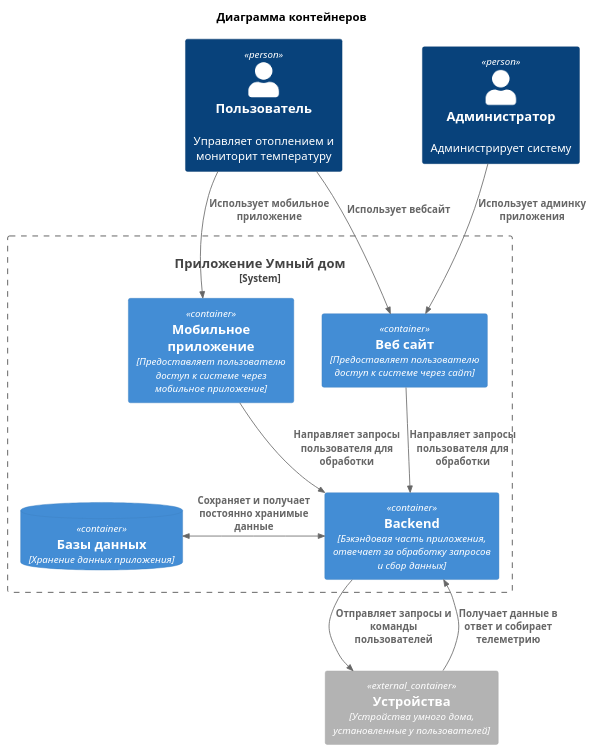
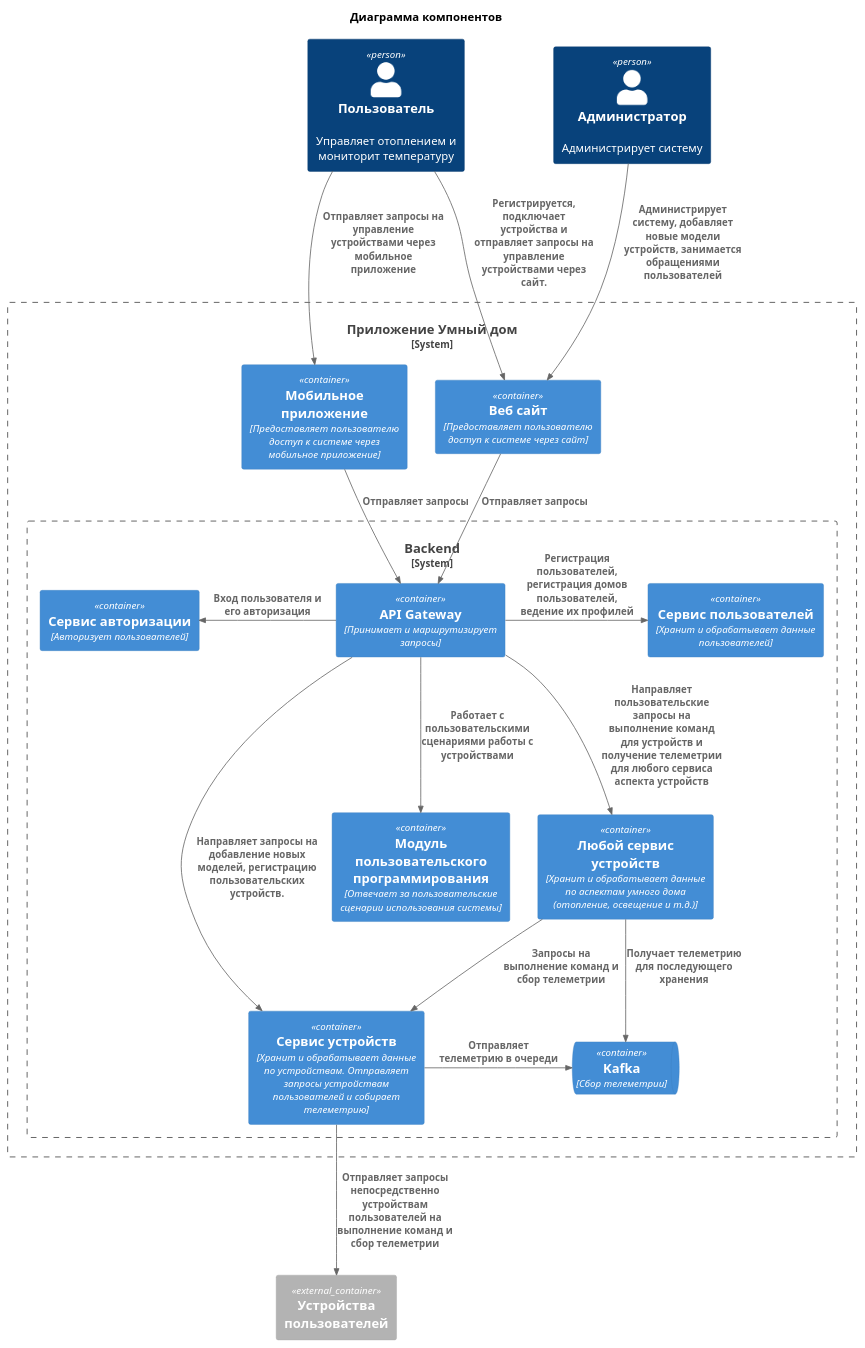
One commit to NamRuslan/yandex-practicum-warm-house changed the diagram in documentation/diagrams/tobe(task2)/containers.puml. Above: the diagram before and after it, drawn with PlantUML. The commit also changed 1 other file, not shown here.

```diff
--- a/documentation/diagrams/tobe(task2)/containers.puml
+++ b/documentation/diagrams/tobe(task2)/containers.puml
@@ -1,28 +1,40 @@
 @startuml
-title Диаграмма контейнеров
+title Диаграмма компонентов
 top to bottom direction
 
 !include ../c4_templates/C4_Container.puml
 
 Person(user, "Пользователь", "Управляет отоплением и мониторит температуру")
 Person(admin, "Администратор", "Администрирует систему")
 
 System_Boundary(app, "Приложение Умный дом") {
     Container(mobileApp, "Мобильное приложение", "Предоставляет пользователю доступ к системе через мобильное приложение")
     Container(webApp, "Веб сайт", "Предоставляет пользователю доступ к системе через сайт")
-    Container(backend, "Backend", "Бэкэндовая часть приложения, отвечает за обработку запросов и сбор данных")
-    ContainerDb(db, "Базы данных", "Хранение данных приложения")
+    System_Boundary(backend, "Backend") {
+        Container(apiGw, "API Gateway", "Принимает и маршрутизирует запросы")
+        Container(auth, "Сервис авторизации", "Авторизует пользователей")
+        Container(users, "Сервис пользователей", "Хранит и обрабатывает данные пользователей")
+        Container(devicesService, "Сервис устройств", "Хранит и обрабатывает данные по устройствам. Отправляет запросы устройствам пользователей и собирает телеметрию")
+        Container(userProgramming , "Модуль пользовательского программирования", "Отвечает за пользовательские сценарии использования системы")
+        Container(anyAspectContainer , "Любой сервис устройств", "Хранит и обрабатывает данные по аспектам умного дома (отопление, освещение и т.д.)")
+        ContainerQueue(kafka, "Kafka", "Сбор телеметрии")
+    }
 }
 
-Container_Ext(devices, "Устройства", "Устройства умного дома, установленные у пользователей")
+Container_Ext(userDevices, "Устройства пользователей")
 
-Rel(user, mobileApp, "Использует мобильное приложение")
-Rel(user, webApp, "Использует вебсайт")
-Rel(admin, webApp, "Использует админку приложения")
-Rel(mobileApp, backend, "Направляет запросы пользователя для обработки")
-Rel(webApp, backend, "Направляет запросы пользователя для обработки")
-BiRel_L(backend, db, "Сохраняет и получает постоянно хранимые данные")
-Rel(backend, devices, "Отправляет запросы и команды пользователей")
-Rel(devices, backend, "Получает данные в ответ и собирает телеметрию")
-
+Rel(user, mobileApp, "Отправляет запросы на управление устройствами через мобильное приложение")
+Rel(user, webApp, "Регистрируется, подключает устройства и отправляет запросы на управление устройствами через сайт.")
+Rel(admin, webApp, "Администрирует систему, добавляет новые модели устройств, занимается обращениями пользователей")
+Rel(mobileApp, apiGw, "Отправляет запросы")
+Rel(webApp, apiGw, "Отправляет запросы")
+Rel_L(apiGw, auth, "Вход пользователя и его авторизация")
+Rel_R(apiGw, users, "Регистрация пользователей, регистрация домов пользователей, ведение их профилей")
+Rel(apiGw, anyAspectContainer, "Направляет пользовательские запросы на выполнение команд для устройств и получение телеметрии для любого сервиса аспекта устройств")
+Rel(apiGw, userProgramming, "Работает с пользовательскими сценариями работы с устройствами")
+Rel_R(apiGw, devicesService, "Направляет запросы на добавление новых моделей, регистрацию пользовательских устройств.")
+Rel(anyAspectContainer, devicesService, "Запросы на выполнение команд и сбор телеметрии")
+Rel(devicesService, userDevices, "Отправляет запросы непосредственно устройствам пользователей на выполнение команд и сбор телеметрии")
+Rel_R(devicesService, kafka, "Отправляет телеметрию в очереди")
+Rel(anyAspectContainer, kafka, "Получает телеметрию для последующего хранения")
 @enduml
```
